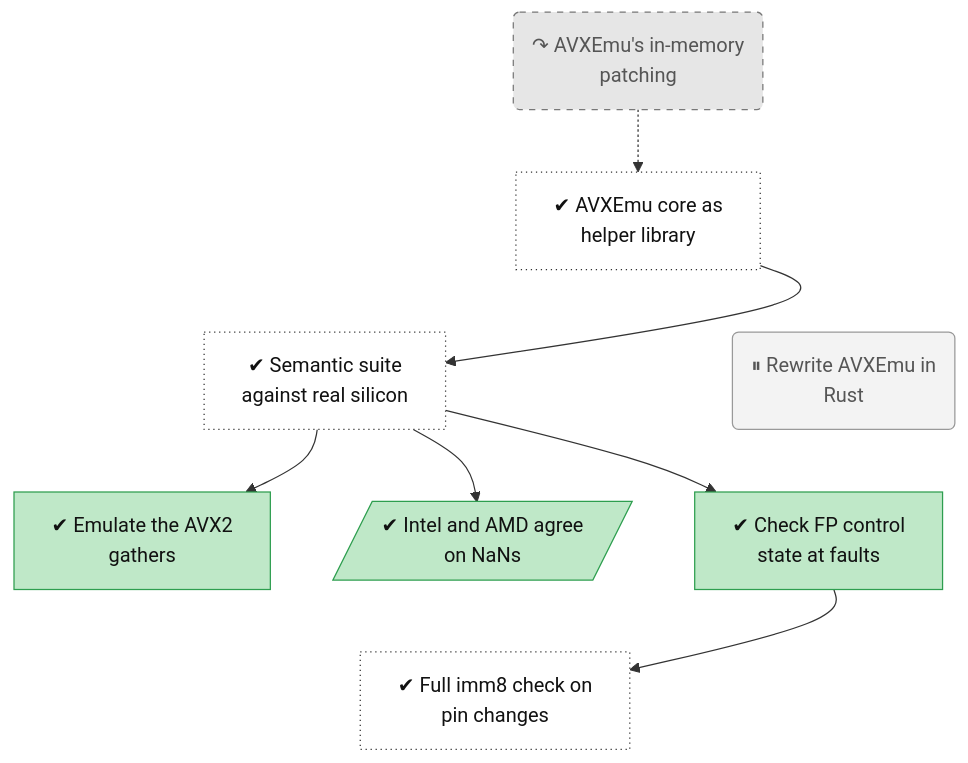
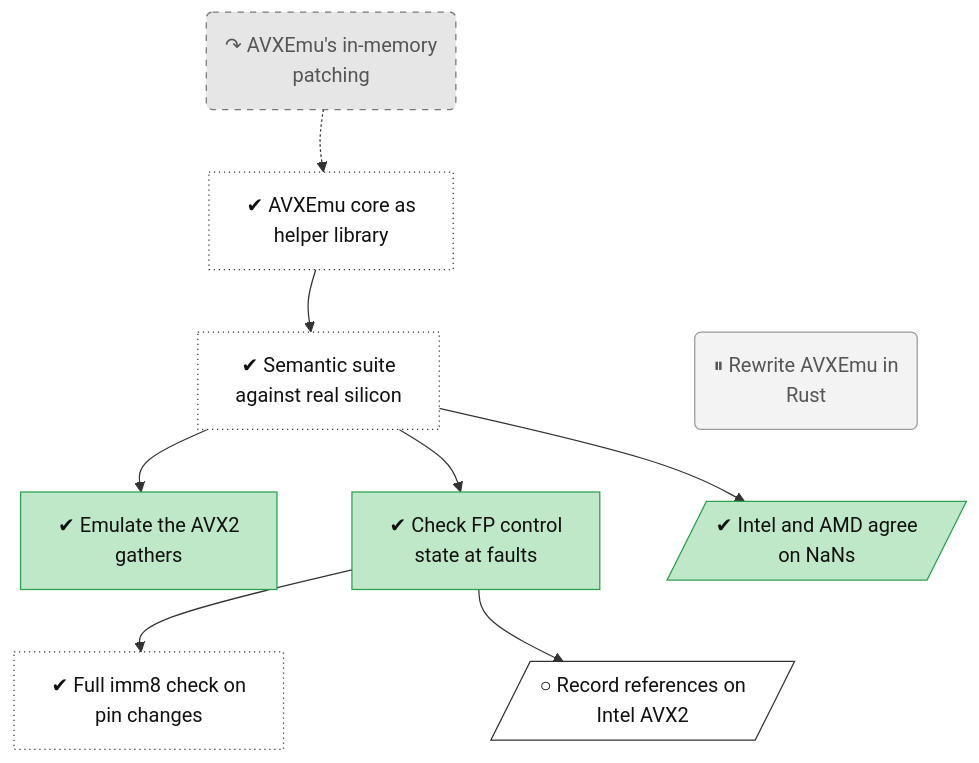
The diagram in docs/roadmap/tracks/emu.md (lhns/v3compat), drawn with Mermaid before and after one commit. The commit also changed other lines of this file and 14 other files, not shown here.

First line of the commit message:
Traces off by default; canary drops the cache; roadmap (#96)

````diff
--- a/docs/roadmap/tracks/emu.md
+++ b/docs/roadmap/tracks/emu.md
@@ -10,44 +10,47 @@
 ```mermaid
 flowchart TB
     emu_preload("↷ AVXEmu's in-memory<br/>patching")
     emu_helpers["✔ AVXEmu core as<br/>helper library"]
     emu_semantic_suite["✔ Semantic suite<br/>against real silicon"]
     emu_rust_rewrite("⏸ Rewrite AVXEmu in<br/>Rust")
     emu_gathers["✔ Emulate the AVX2<br/>gathers"]
     emu_intel_nan[/"✔ Intel and AMD agree<br/>on NaNs"/]
     emu_mxcsr["✔ Check FP control<br/>state at faults"]
     emu_full_imm8["✔ Full imm8 check on<br/>pin changes"]
+    emu_intel_record[/"○ Record references on<br/>Intel AVX2"/]
     emu_preload ~~~ emu_helpers
     emu_helpers ~~~ emu_semantic_suite
     emu_helpers ~~~ emu_rust_rewrite
     emu_semantic_suite ~~~ emu_gathers
     emu_rust_rewrite ~~~ emu_intel_nan
     emu_rust_rewrite ~~~ emu_mxcsr
     emu_gathers ~~~ emu_full_imm8
-    emu_intel_nan ~~~ emu_full_imm8
-    emu_mxcsr ~~~ emu_full_imm8
+    emu_intel_nan ~~~ emu_intel_record
+    emu_mxcsr ~~~ emu_intel_record
     emu_preload -.-> emu_helpers
     emu_helpers --> emu_semantic_suite
     emu_semantic_suite --> emu_gathers
     emu_semantic_suite --> emu_intel_nan
     emu_semantic_suite --> emu_mxcsr
     emu_mxcsr --> emu_full_imm8
+    emu_mxcsr --> emu_intel_record
     classDef vsucc fill:#2e9e4f,stroke:#1b6b34,color:#fff
     classDef succ fill:#bfe8c8,stroke:#2e9e4f,color:#111
     classDef mixed fill:#ffd37a,stroke:#c98a00,color:#111
     classDef bad fill:#f28b82,stroke:#b3261e,color:#111
     classDef dead fill:#e6e6e6,stroke:#777,stroke-dasharray:5 5,color:#555
     classDef inprog fill:#a8cdf5,stroke:#1f6fc5,color:#111
     classDef next fill:#fff,stroke:#333,color:#111
     classDef blocked fill:#fff,stroke:#b3261e,stroke-dasharray:2 2,color:#111
     classDef parked fill:#f3f3f3,stroke:#999,color:#555
     classDef unrated fill:#fff,stroke:#333,stroke-dasharray:1 3,color:#111
     classDef gate fill:#d9c2f0,stroke:#7b3fb5,color:#111
     classDef decided fill:#ece0f7,stroke:#7b3fb5,stroke-dasharray:2 2,color:#111
     classDef finding fill:#ffe0b2,stroke:#d84315,stroke-width:2px,color:#111
     classDef waiting fill:#e3f2fd,stroke:#1f6fc5,stroke-dasharray:5 5,color:#111
     class emu_preload dead
     class emu_helpers,emu_semantic_suite,emu_full_imm8 unrated
     class emu_rust_rewrite parked
     class emu_gathers,emu_intel_nan,emu_mxcsr succ
+    class emu_intel_record next
 ```
````
